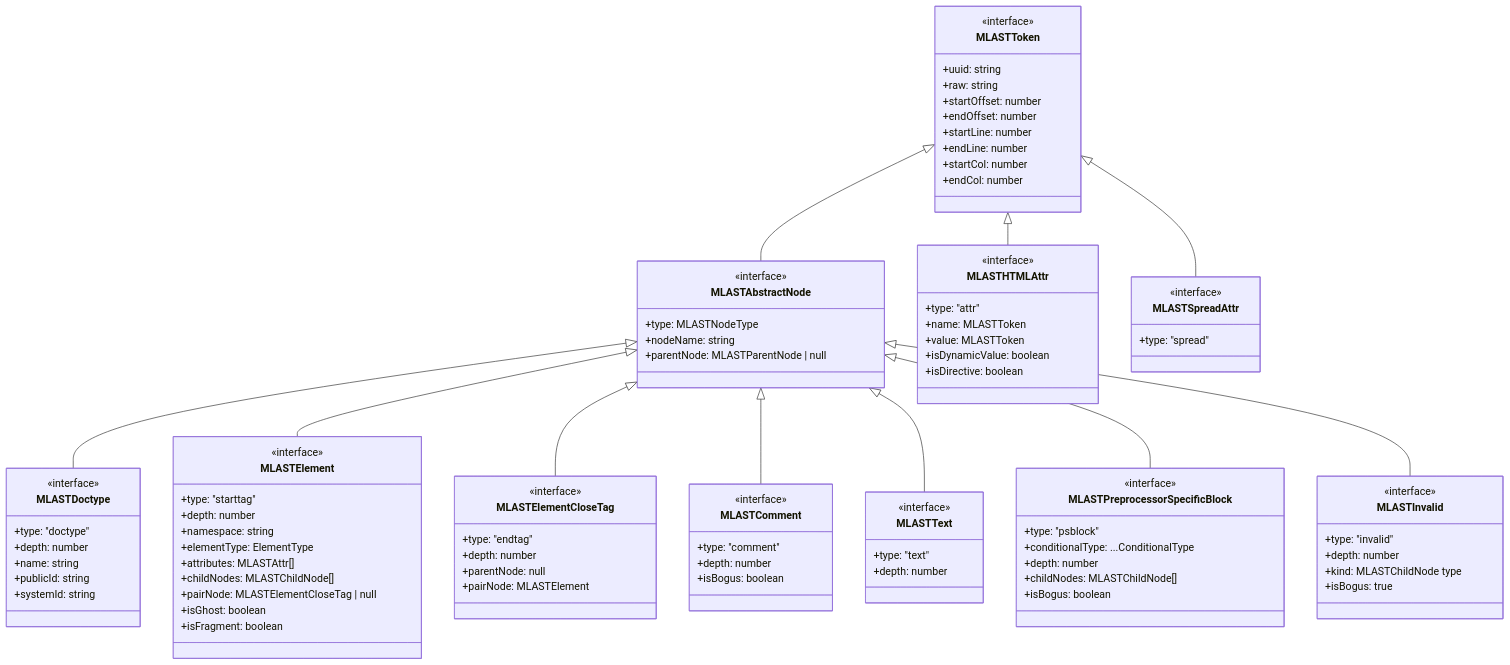
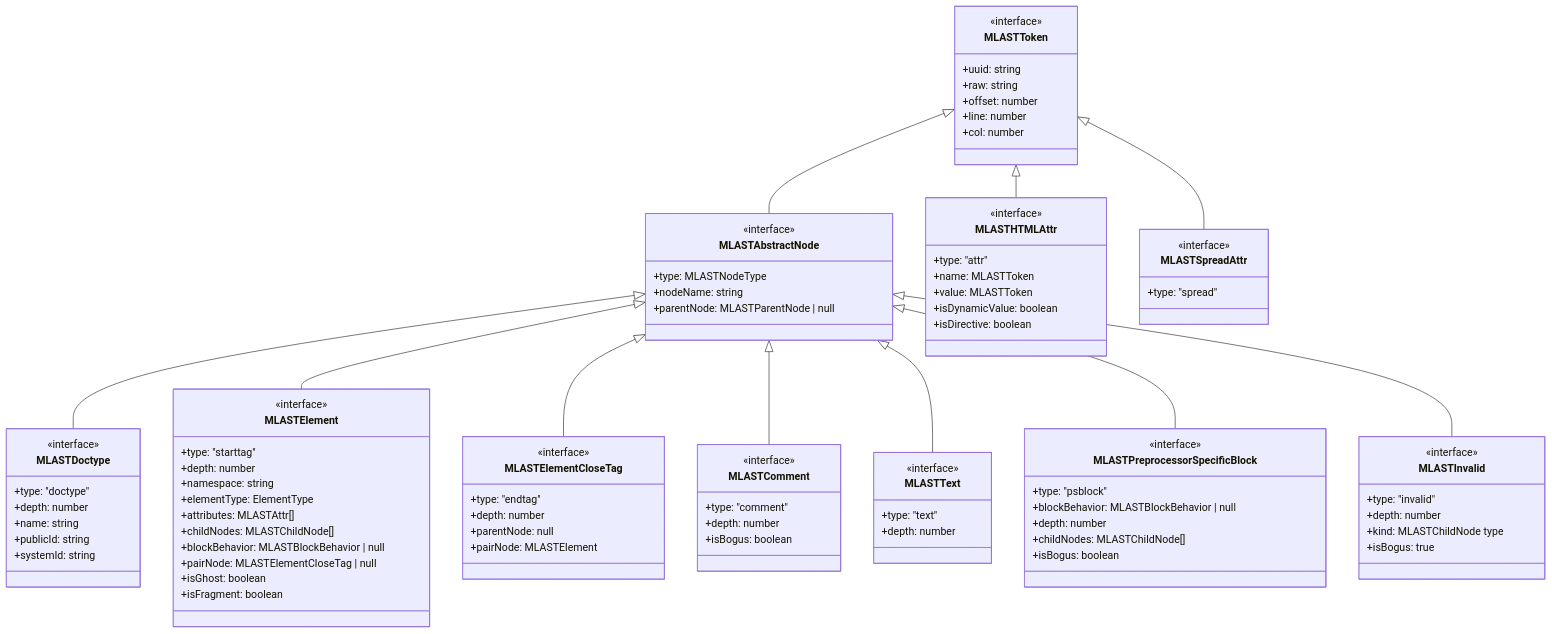
The second of 4 diagrams in packages/@markuplint/ml-ast/ARCHITECTURE.ja.md (markuplint/markuplint), drawn with Mermaid before and after one commit. The commit also changed other lines of this file and 6 other files, not shown here.

```diff
--- a/packages/@markuplint/ml-ast/ARCHITECTURE.ja.md
+++ b/packages/@markuplint/ml-ast/ARCHITECTURE.ja.md
@@ -53,12 +53,9 @@
         <<interface>>
         +uuid: string
         +raw: string
-        +startOffset: number
-        +endOffset: number
-        +startLine: number
-        +endLine: number
-        +startCol: number
-        +endCol: number
+        +offset: number
+        +line: number
+        +col: number
     }
 
     class MLASTAbstractNode {
@@ -85,6 +82,7 @@
         +elementType: ElementType
         +attributes: MLASTAttr[]
         +childNodes: MLASTChildNode[]
+        +blockBehavior: MLASTBlockBehavior | null
         +pairNode: MLASTElementCloseTag | null
         +isGhost: boolean
         +isFragment: boolean
@@ -114,7 +112,7 @@
     class MLASTPreprocessorSpecificBlock {
         <<interface>>
         +type: "psblock"
-        +conditionalType: ...ConditionalType
+        +blockBehavior: MLASTBlockBehavior | null
         +depth: number
         +childNodes: MLASTChildNode[]
         +isBogus: boolean
```
